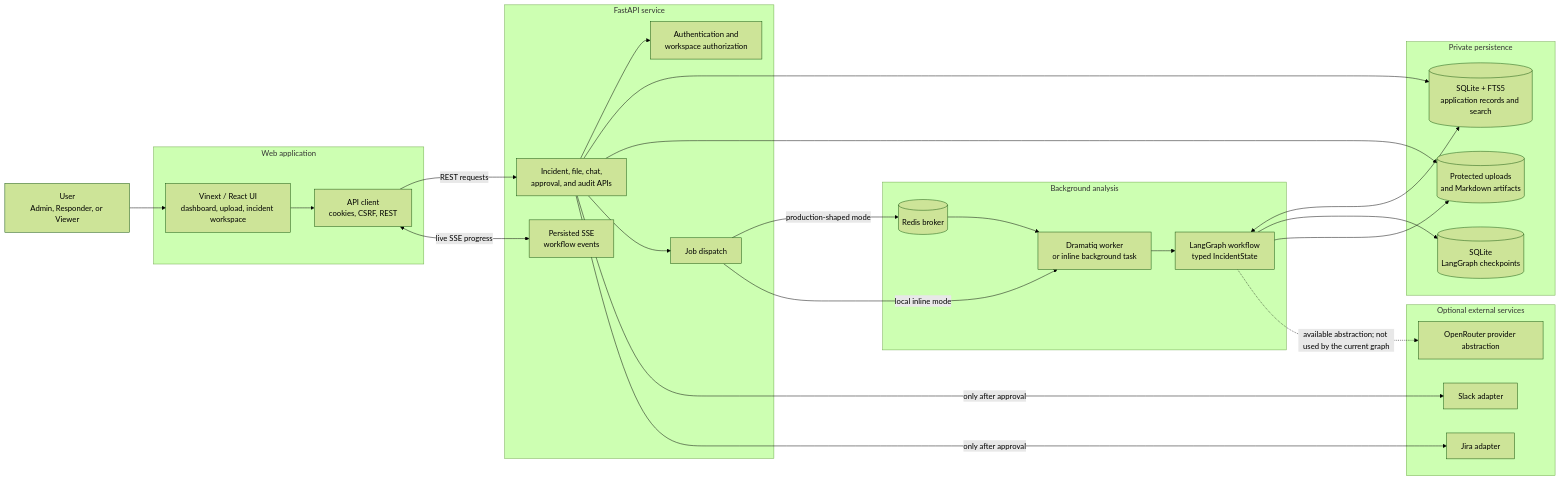
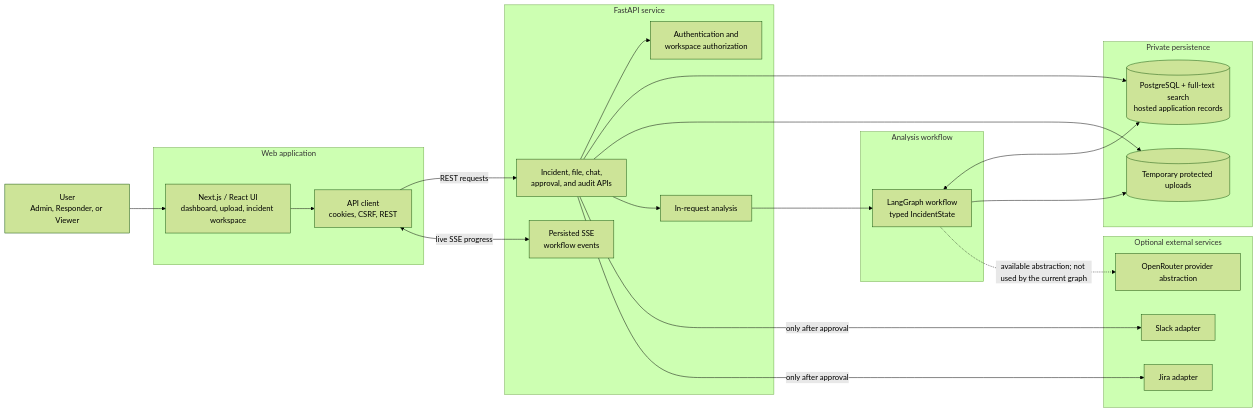
One commit to giomovement/DevOps-Incident-Analysis changed the first of 2 diagrams in ARCHITECTURE.md. Above: the diagram before and after it, drawn with Mermaid (forest theme). The commit also changed other lines of this file and 39 other files, not shown here.

````diff
--- a/ARCHITECTURE.md
+++ b/ARCHITECTURE.md
@@ -41,51 +41,45 @@
 ```mermaid
 flowchart LR
     Person["User<br/>Admin, Responder, or Viewer"]
 
     subgraph Browser["Web application"]
-        UI["Vinext / React UI<br/>dashboard, upload, incident workspace"]
+        UI["Next.js / React UI<br/>dashboard, upload, incident workspace"]
         Client["API client<br/>cookies, CSRF, REST"]
     end
 
     subgraph Backend["FastAPI service"]
         Auth["Authentication and<br/>workspace authorization"]
         Routes["Incident, file, chat,<br/>approval, and audit APIs"]
         Events["Persisted SSE<br/>workflow events"]
-        Dispatch["Job dispatch"]
+        Dispatch["In-request analysis"]
     end
 
-    subgraph Analysis["Background analysis"]
-        Redis[("Redis broker")]
-        Worker["Dramatiq worker<br/>or inline background task"]
+    subgraph Analysis["Analysis workflow"]
         Graph["LangGraph workflow<br/>typed IncidentState"]
     end
 
     subgraph Storage["Private persistence"]
-        DB[("SQLite + FTS5<br/>application records and search")]
-        Checkpoints[("SQLite<br/>LangGraph checkpoints")]
-        Files[("Protected uploads<br/>and Markdown artifacts")]
+        DB[("PostgreSQL + full-text search<br/>hosted application records")]
+        Files[("Temporary protected uploads")]
     end
 
     subgraph External["Optional external services"]
         OR["OpenRouter provider abstraction"]
         Slack["Slack adapter"]
         Jira["Jira adapter"]
     end
 
     Person --> UI --> Client
     Client -->|"REST requests"| Routes
     Client <-->|"live SSE progress"| Events
     Routes --> Auth
     Routes --> DB
     Routes --> Files
     Routes --> Dispatch
-    Dispatch -->|"production-shaped mode"| Redis --> Worker
-    Dispatch -->|"local inline mode"| Worker
-    Worker --> Graph
+    Dispatch --> Graph
     Graph <--> DB
-    Graph --> Checkpoints
     Graph --> Files
     Routes -->|"only after approval"| Slack
     Routes -->|"only after approval"| Jira
     Graph -.->|"available abstraction; not used by the current graph"| OR
 ```
````
